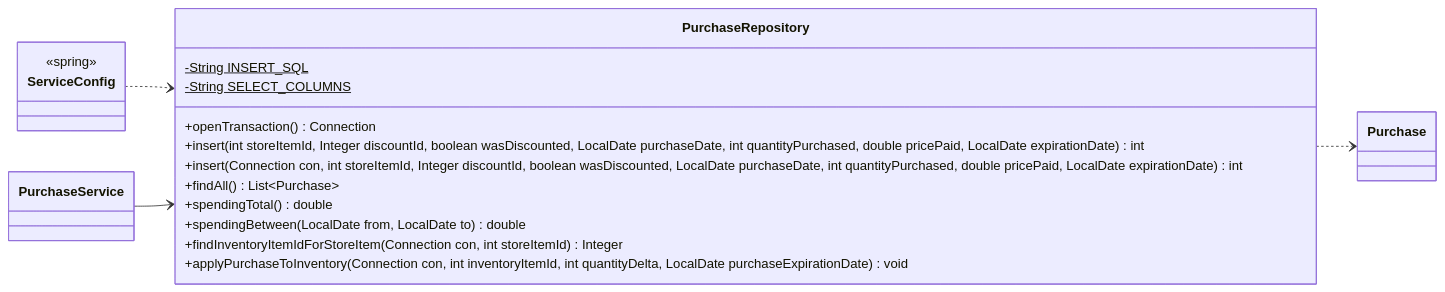
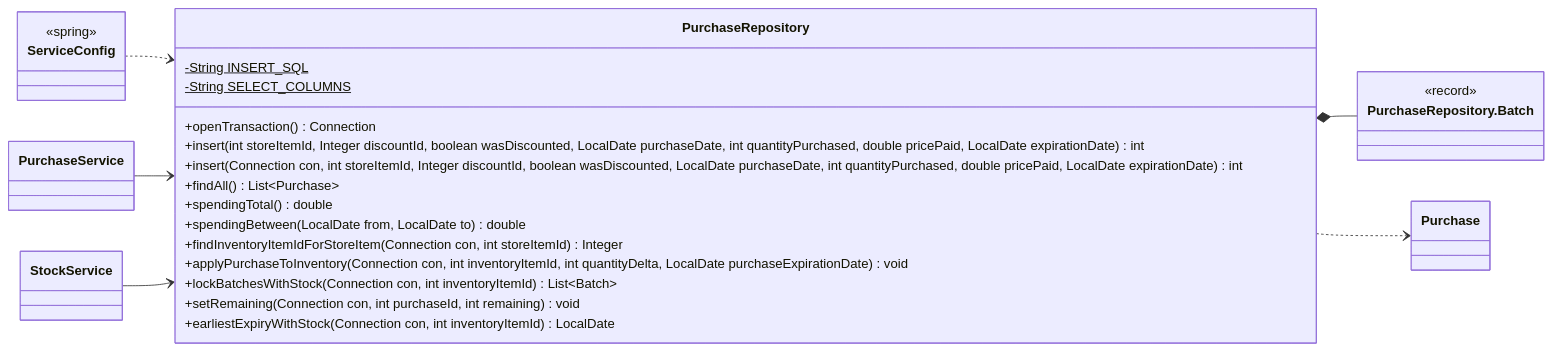
The third of 6 diagrams in docs/classes/finance.md (Nate-ryan-7690/dahaem), drawn with Mermaid before and after one commit. The commit also changed other lines of this file and 5 other files, not shown here.

````diff
--- a/docs/classes/finance.md
+++ b/docs/classes/finance.md
@@ -107,24 +115,33 @@
 ```mermaid
 classDiagram
     direction LR
     class finance_PurchaseRepository["PurchaseRepository"] {
         -String INSERT_SQL$
         -String SELECT_COLUMNS$
         +openTransaction() Connection
         +insert(int storeItemId, Integer discountId, boolean wasDiscounted, LocalDate purchaseDate, int quantityPurchased, double pricePaid, LocalDate expirationDate) int
         +insert(Connection con, int storeItemId, Integer discountId, boolean wasDiscounted, LocalDate purchaseDate, int quantityPurchased, double pricePaid, LocalDate expirationDate) int
         +findAll() List~Purchase~
         +spendingTotal() double
         +spendingBetween(LocalDate from, LocalDate to) double
         +findInventoryItemIdForStoreItem(Connection con, int storeItemId) Integer
         +applyPurchaseToInventory(Connection con, int inventoryItemId, int quantityDelta, LocalDate purchaseExpirationDate) void
+        +lockBatchesWithStock(Connection con, int inventoryItemId) List~Batch~
+        +setRemaining(Connection con, int purchaseId, int remaining) void
+        +earliestExpiryWithStock(Connection con, int inventoryItemId) LocalDate
+    }
+    class finance_PurchaseRepository_Batch["PurchaseRepository.Batch"] {
+        <<record>>
     }
     class finance_PurchaseService["PurchaseService"]
+    class finance_StockService["StockService"]
     class finance_Purchase["Purchase"]
     class api_ServiceConfig["ServiceConfig"] {
         <<spring>>
     }
+    finance_PurchaseRepository *-- finance_PurchaseRepository_Batch
     finance_PurchaseRepository ..> finance_Purchase
     api_ServiceConfig ..> finance_PurchaseRepository
     finance_PurchaseService --> finance_PurchaseRepository
+    finance_StockService --> finance_PurchaseRepository
 ```
````
